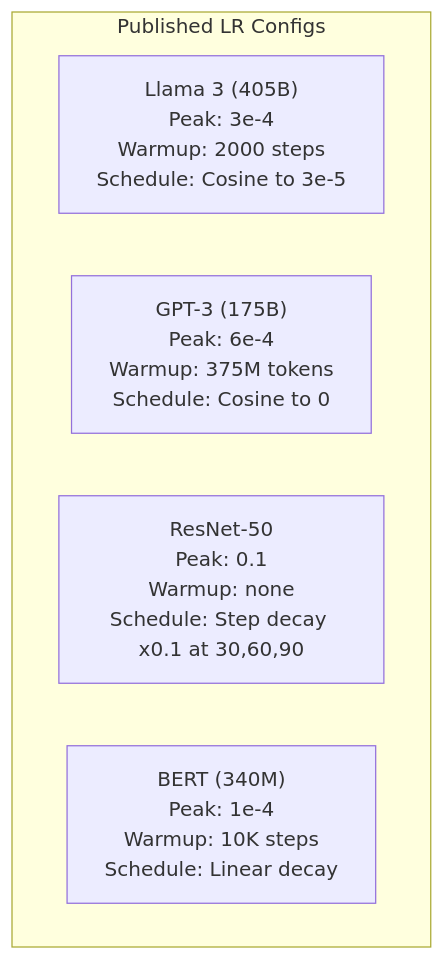
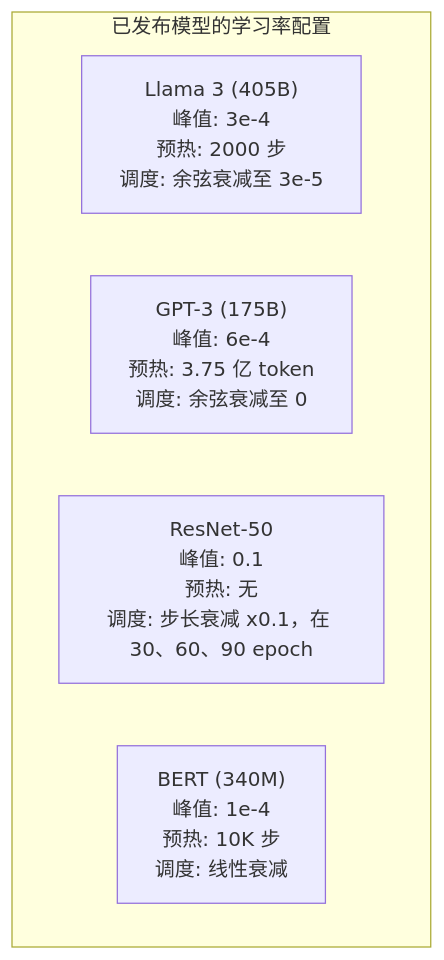
Before and after one commit to cq0206/ai-engineering-from-scratch: the third of 3 diagrams in phases/03-deep-learning-core/09-learning-rate-schedules.md, drawn with Mermaid. The commit also changed other lines of this file and 67 other files, not shown here.

````diff
--- a/phases/03-deep-learning-core/09-learning-rate-schedules.md
+++ b/phases/03-deep-learning-core/09-learning-rate-schedules.md
@@ -145,9 +145,9 @@
 ```mermaid
 graph TD
-    subgraph "Published LR Configs"
-        L3["Llama 3 (405B)<br/>Peak: 3e-4<br/>Warmup: 2000 steps<br/>Schedule: Cosine to 3e-5"]
-        G3["GPT-3 (175B)<br/>Peak: 6e-4<br/>Warmup: 375M tokens<br/>Schedule: Cosine to 0"]
-        R50["ResNet-50<br/>Peak: 0.1<br/>Warmup: none<br/>Schedule: Step decay x0.1 at 30,60,90"]
-        B["BERT (340M)<br/>Peak: 1e-4<br/>Warmup: 10K steps<br/>Schedule: Linear decay"]
+    subgraph "已发布模型的学习率配置"
+        L3["Llama 3 (405B)<br/>峰值: 3e-4<br/>预热: 2000 步<br/>调度: 余弦衰减至 3e-5"]
+        G3["GPT-3 (175B)<br/>峰值: 6e-4<br/>预热: 3.75 亿 token<br/>调度: 余弦衰减至 0"]
+        R50["ResNet-50<br/>峰值: 0.1<br/>预热: 无<br/>调度: 步长衰减 x0.1，在 30、60、90 epoch"]
+        B["BERT (340M)<br/>峰值: 1e-4<br/>预热: 10K 步<br/>调度: 线性衰减"]
     end
 ```
````
